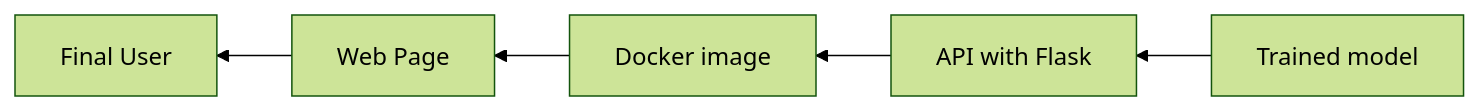
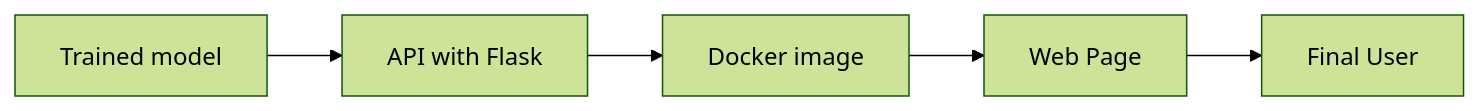
The diagram in README.md (haroldcuellar24/ml-model-deployment-api), drawn with Mermaid (forest theme) before and after one commit. The commit also changed other lines of this file, not shown here.

Commit message:
Update flowchart

````diff
--- a/README.md
+++ b/README.md
@@ -16,7 +16,7 @@
 ```mermaid
-flowchart RL
+flowchart LR
     A[Trained model] --> B[API with Flask]
     B --> C[Docker image]
     C --> D[Web Page]
     D --> E[Final User]
 ```
````
